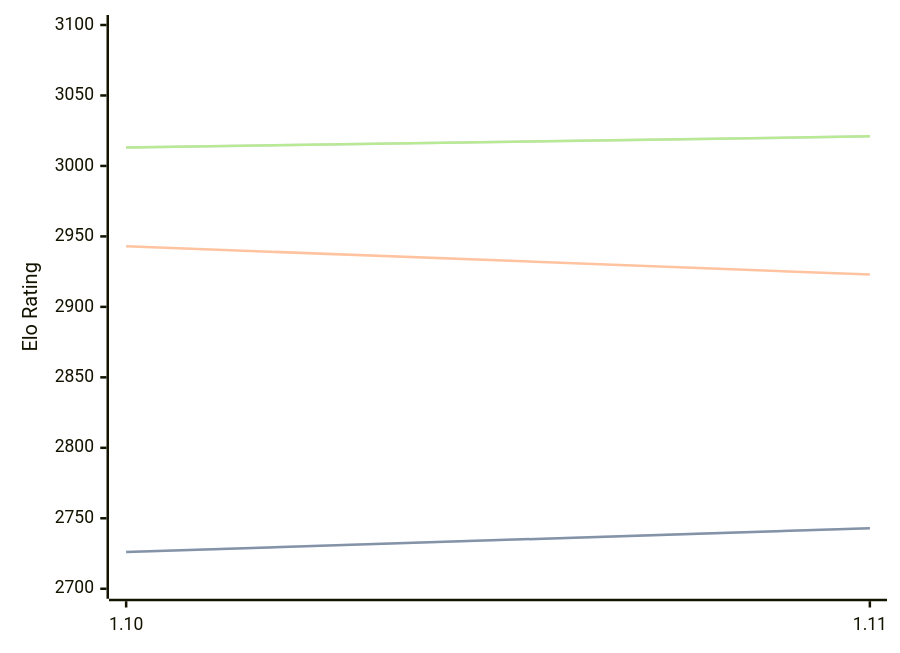
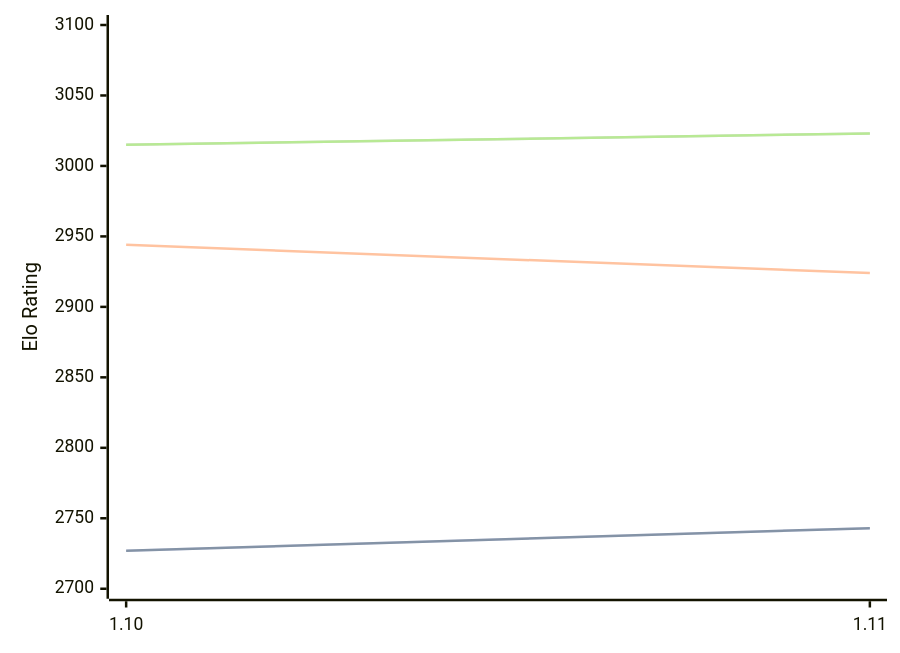
The third of 3 diagrams in engines/Roc.md (computer-chess-index/cci), drawn with Mermaid before and after one commit. The commit also changed other lines of this file, not shown here.

Commit message:
Update CCI Ratings (ELO VLTC) - 2026-06-22

````diff
--- a/engines/Roc.md
+++ b/engines/Roc.md
@@ -98,11 +98,11 @@
 ```mermaid
 %%{init: {"theme":"base","themeVariables":{"seriesColors:['#a3a3a3','#222221','#faa371']}}}%%
 xychart-beta
   x-axis ["1.10", "1.11"]
   y-axis "Elo Rating" 2700 --> 3100
-  line "STC (8.0+0.08s)" [2726, 2743]
-  line "STC (8.0+0.08s)" [2726, 2743]
-  line "LTC (60.0+0.60s)" [2943, 2923]
-  line "VLTC (2m24s+1.12s)" [3013, 3021]
-  line "VLTC (2m24s+1.12s)" [3013, 3021]
+  line "STC (8.0+0.08s)" [2727, 2743]
+  line "STC (8.0+0.08s)" [2727, 2743]
+  line "LTC (60.0+0.60s)" [2944, 2924]
+  line "VLTC (2m24s+1.12s)" [3015, 3023]
+  line "VLTC (2m24s+1.12s)" [3015, 3023]
 ```
````
